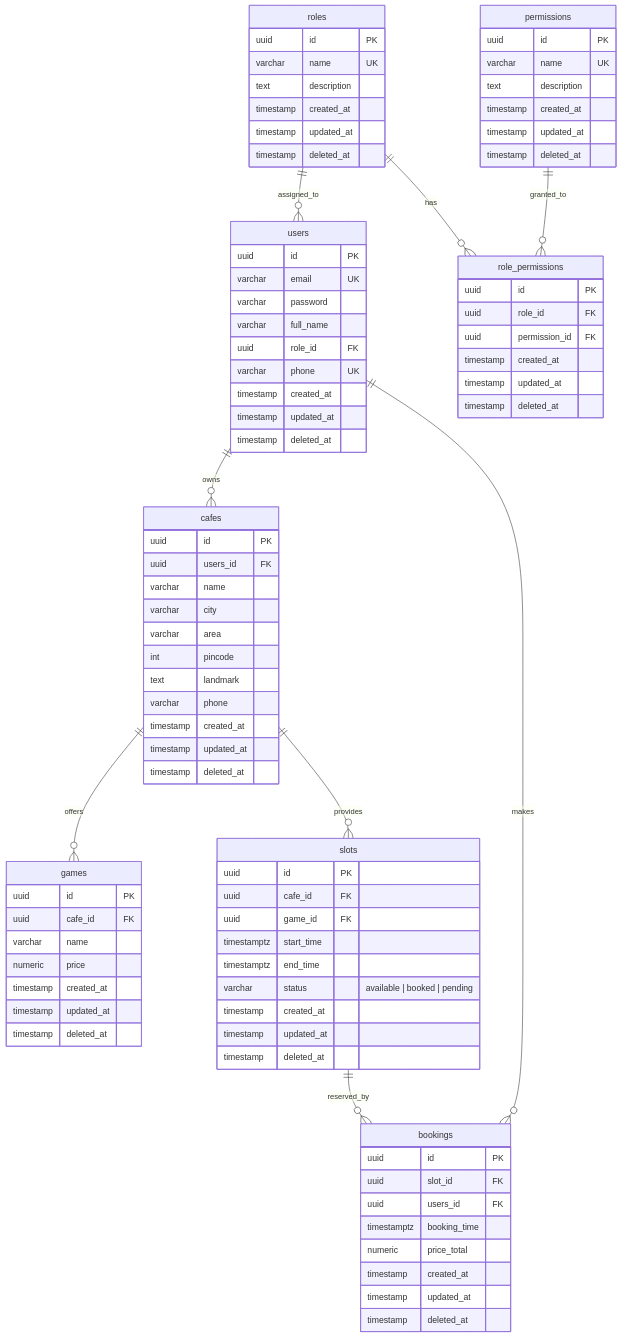
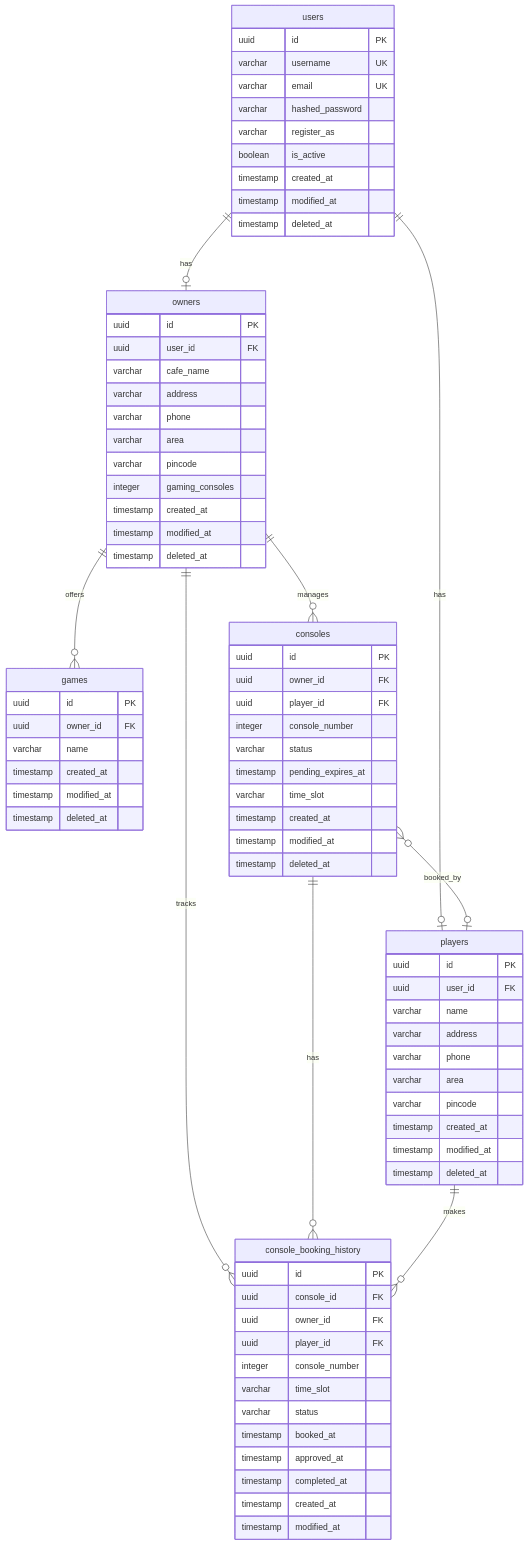
One commit to yuvrajsingh-Gkmit/gamegrid-docs changed the third of 8 diagrams in docs/index.md. Above: the diagram before and after it, drawn with Mermaid. The commit also changed other lines of this file and 1 other file, not shown here.

Commit message:
feat: update site name and description in mkdocs configuration; enhance navigation and markdown extensions

````diff
--- a/docs/index.md
+++ b/docs/index.md
@@ -245,99 +285,87 @@
 ```mermaid
 erDiagram
-    users ||--o{ cafes : owns
-    cafes ||--o{ games : offers
-    cafes||--o{ slots : provides
-    slots||--o{ bookings : reserved_by
-    users ||--o{ bookings: makes
-    roles ||--o{ users : assigned_to
-    roles ||--o{ role_permissions : has
-    permissions ||--o{ role_permissions : granted_to
-  
-    
+    users ||--o| owners : has
+    users ||--o| players : has
+    owners ||--o{ games : offers
+    owners ||--o{ consoles : manages
+    owners ||--o{ console_booking_history : tracks
+    consoles }o--o| players : booked_by
+    consoles ||--o{ console_booking_history : has
+    players ||--o{ console_booking_history : makes
 
     users {
-    uuid id PK
-    varchar email UK
-    varchar password
-    varchar full_name
-    uuid   role_id FK    
-    varchar phone UK
-    timestamp created_at
-    timestamp updated_at
-    timestamp deleted_at
-}
+        uuid id PK
+        varchar username UK
+        varchar email UK
+        varchar hashed_password
+        varchar register_as
+        boolean is_active
+        timestamp created_at
+        timestamp modified_at
+        timestamp deleted_at
+    }
 
-cafes {
-    uuid id PK
-    uuid users_id FK
-    varchar name
-    varchar city
-    varchar area
-    int pincode
-    text landmark
-    varchar phone
-    timestamp created_at
-    timestamp updated_at
-    timestamp deleted_at
-}
+    owners {
+        uuid id PK
+        uuid user_id FK
+        varchar cafe_name
+        varchar address
+        varchar phone
+        varchar area
+        varchar pincode
+        integer gaming_consoles
+        timestamp created_at
+        timestamp modified_at
+        timestamp deleted_at
+    }
 
-games {
-    uuid id PK
-    uuid cafe_id FK
-    varchar name
-    numeric price
-    timestamp created_at
-    timestamp updated_at
-    timestamp deleted_at
-}
+    players {
+        uuid id PK
+        uuid user_id FK
+        varchar name
+        varchar address
+        varchar phone
+        varchar area
+        varchar pincode
+        timestamp created_at
+        timestamp modified_at
+        timestamp deleted_at
+    }
 
-slots {
-    uuid id PK
-    uuid cafe_id FK
-    uuid game_id FK
-    timestamptz start_time
-    timestamptz end_time
-    varchar status "available | booked | pending"
-    timestamp created_at
-    timestamp updated_at
-    timestamp deleted_at
-}
+    games {
+        uuid id PK
+        uuid owner_id FK
+        varchar name
+        timestamp created_at
+        timestamp modified_at
+        timestamp deleted_at
+    }
 
-bookings {
-    uuid id PK
-    uuid slot_id FK
-    uuid users_id FK
-    timestamptz booking_time
-    numeric price_total
-    timestamp created_at
-    timestamp updated_at
-    timestamp deleted_at
-}
+    consoles {
+        uuid id PK
+        uuid owner_id FK
+        uuid player_id FK
+        integer console_number
+        varchar status
+        timestamp pending_expires_at
+        varchar time_slot
+        timestamp created_at
+        timestamp modified_at
+        timestamp deleted_at
+    }
 
-roles {
-    uuid id PK
-    varchar name UK               
-    text description
-    timestamp created_at 
-    timestamp updated_at 
-    timestamp deleted_at
-}
-
-role_permissions {
-    uuid id PK
-    uuid role_id FK
-    uuid permission_id FK
-    timestamp created_at
-    timestamp updated_at
-    timestamp deleted_at
-}
-
-permissions {
-    uuid id PK
-    varchar name UK
-    text description
-    timestamp created_at
-    timestamp updated_at
-    timestamp deleted_at
-}
+    console_booking_history {
+        uuid id PK
+        uuid console_id FK
+        uuid owner_id FK
+        uuid player_id FK
+        integer console_number
+        varchar time_slot
+        varchar status
+        timestamp booked_at
+        timestamp approved_at
+        timestamp completed_at
+        timestamp created_at
+        timestamp modified_at
+    }
 ```
````
